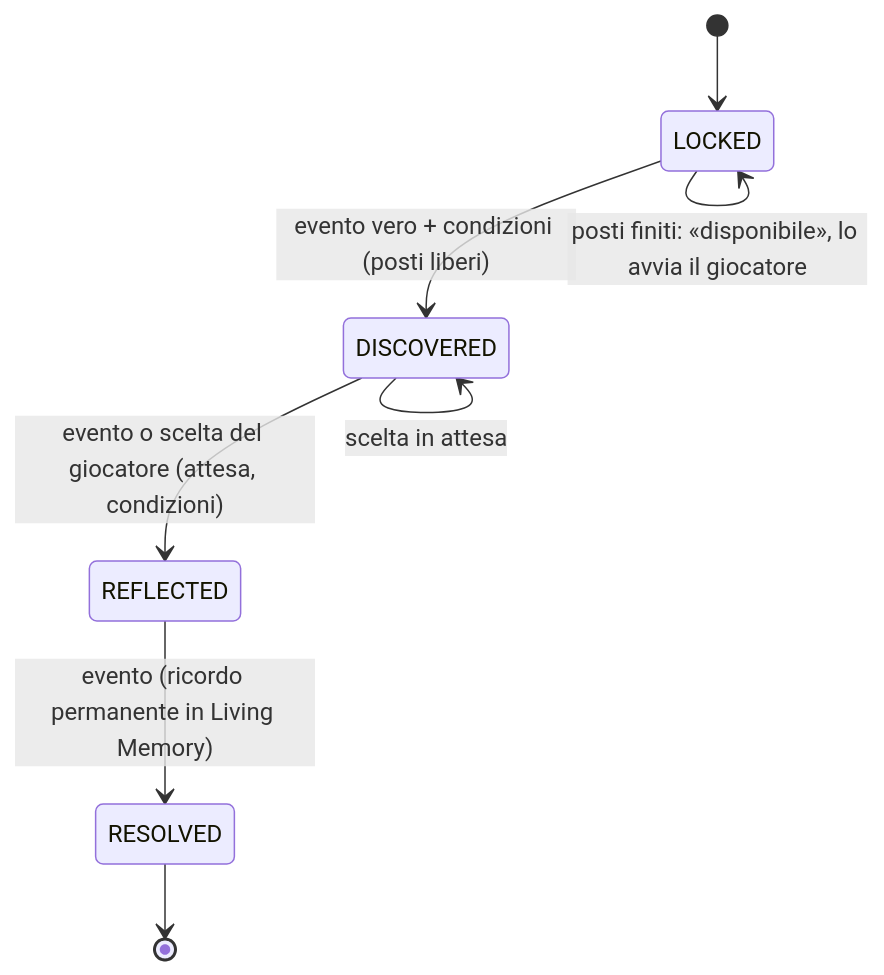
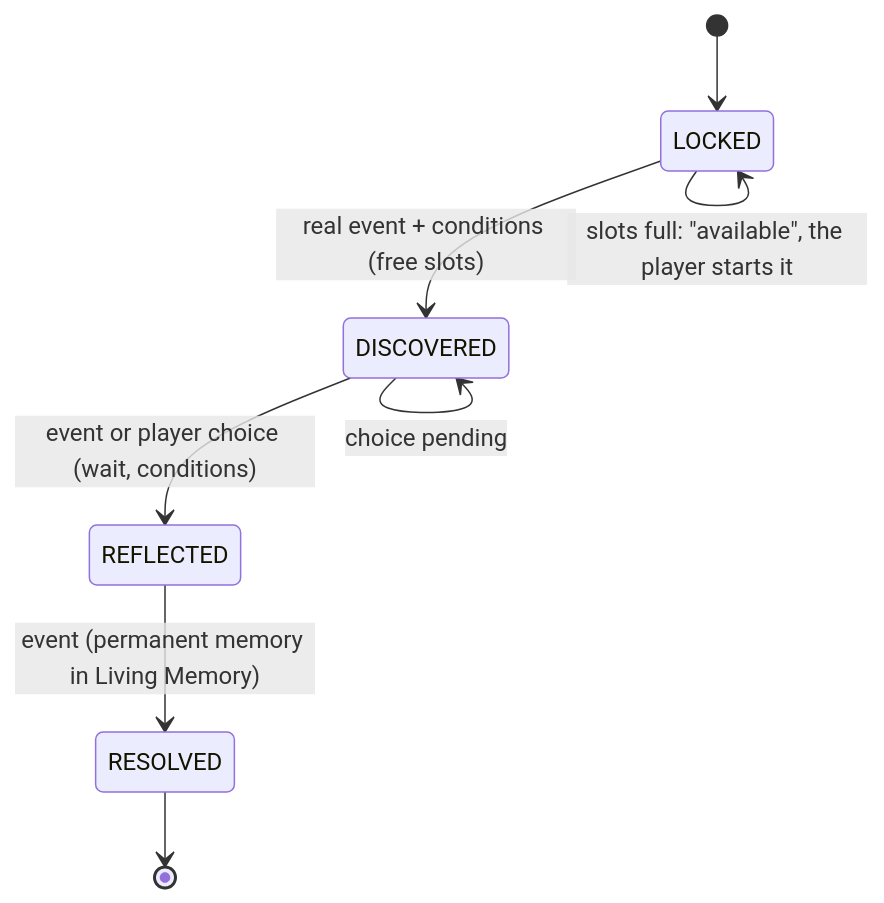
Before and after one commit to Finland6738/azeroth-unspoken: the tenth of 14 diagrams in docs/ARCHITECTURE.md, drawn with Mermaid. The commit also changed other lines of this file and 31 other files, not shown here.

````diff
--- a/docs/ARCHITECTURE.md
+++ b/docs/ARCHITECTURE.md
@@ -409,10 +409,10 @@
 ```mermaid
 stateDiagram-v2
     [*] --> LOCKED
-    LOCKED --> DISCOVERED: evento vero + condizioni (posti liberi)
-    LOCKED --> LOCKED: posti finiti: «disponibile», lo avvia il giocatore
-    DISCOVERED --> REFLECTED: evento o scelta del giocatore (attesa, condizioni)
-    REFLECTED --> RESOLVED: evento (ricordo permanente in Living Memory)
-    DISCOVERED --> DISCOVERED: scelta in attesa
+    LOCKED --> DISCOVERED: real event + conditions (free slots)
+    LOCKED --> LOCKED: slots full: "available", the player starts it
+    DISCOVERED --> REFLECTED: event or player choice (wait, conditions)
+    REFLECTED --> RESOLVED: event (permanent memory in Living Memory)
+    DISCOVERED --> DISCOVERED: choice pending
     RESOLVED --> [*]
 ```
````
